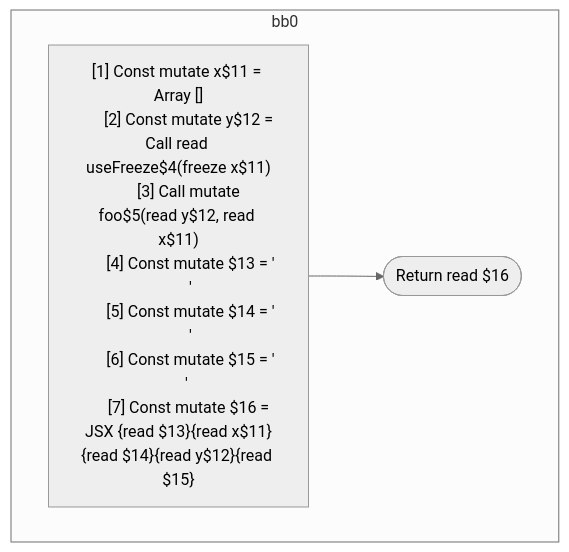
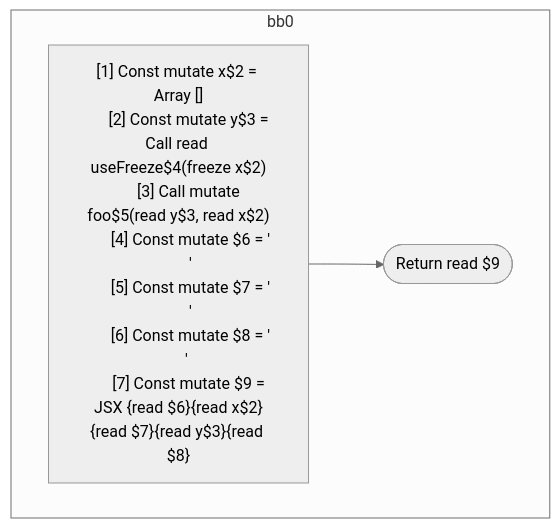
Before and after one commit to wutsmog/private: the third of 3 diagrams in compiler/forget/src/__tests__/fixtures/hir/hook-call.expect.md, drawn with Mermaid (neutral theme). The commit also changed other lines of this file and 57 other files, not shown here.

````diff
--- a/compiler/forget/src/__tests__/fixtures/hir/hook-call.expect.md
+++ b/compiler/forget/src/__tests__/fixtures/hir/hook-call.expect.md
@@ -94,19 +94,19 @@
 ```mermaid
 flowchart TB
   %% Basic Blocks
   subgraph bb0
     bb0_instrs["
-      [1] Const mutate x$11 = Array []
-      [2] Const mutate y$12 = Call read useFreeze$4(freeze x$11)
-      [3] Call mutate foo$5(read y$12, read x$11)
-      [4] Const mutate $13 = '\n      '
-      [5] Const mutate $14 = '\n      '
-      [6] Const mutate $15 = '\n    '
-      [7] Const mutate $16 = JSX <read Component$0>{read $13}{read x$11}{read $14}{read y$12}{read $15}</read Component$0>
+      [1] Const mutate x$2 = Array []
+      [2] Const mutate y$3 = Call read useFreeze$4(freeze x$2)
+      [3] Call mutate foo$5(read y$3, read x$2)
+      [4] Const mutate $6 = '\n      '
+      [5] Const mutate $7 = '\n      '
+      [6] Const mutate $8 = '\n    '
+      [7] Const mutate $9 = JSX <read Component$0>{read $6}{read x$2}{read $7}{read y$3}{read $8}</read Component$0>
     "]
-    bb0_instrs --> bb0_terminal(["Return read $16"])
+    bb0_instrs --> bb0_terminal(["Return read $9"])
   end
 
   %% Jumps
   %% empty
 ```
````
